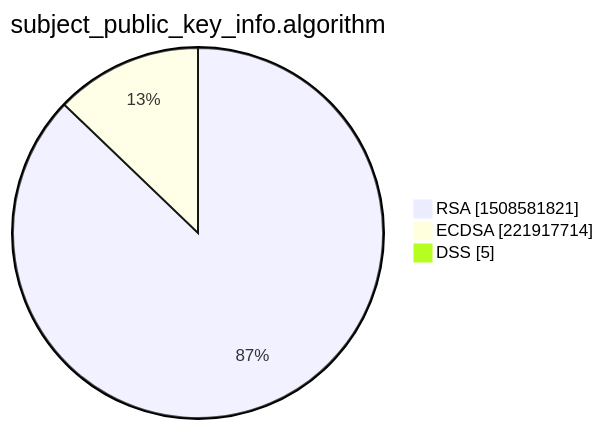
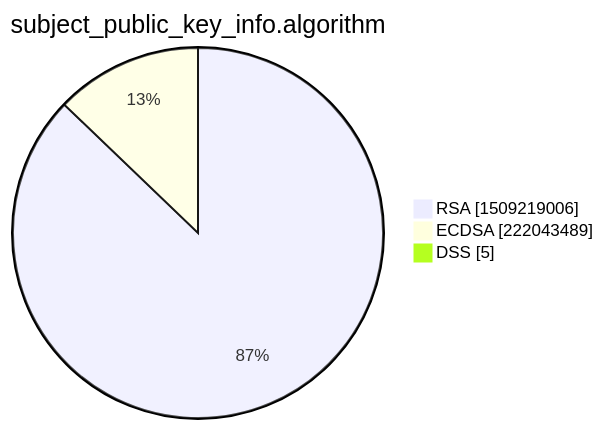
One commit to christiankrug/ctmonitor_visualization changed the third of 15 diagrams in xenon2022/README.md. Above: the diagram before and after it, drawn with Mermaid. The commit also changed other lines of this file, not shown here.

````diff
--- a/xenon2022/README.md
+++ b/xenon2022/README.md
@@ -14,7 +14,7 @@
 ```mermaid
 pie showData
 title subject_public_key_info.algorithm
-"RSA" :1508581821
-"ECDSA" :221917714
+"RSA" :1509219006
+"ECDSA" :222043489
 "DSS" :5
 ```
````
